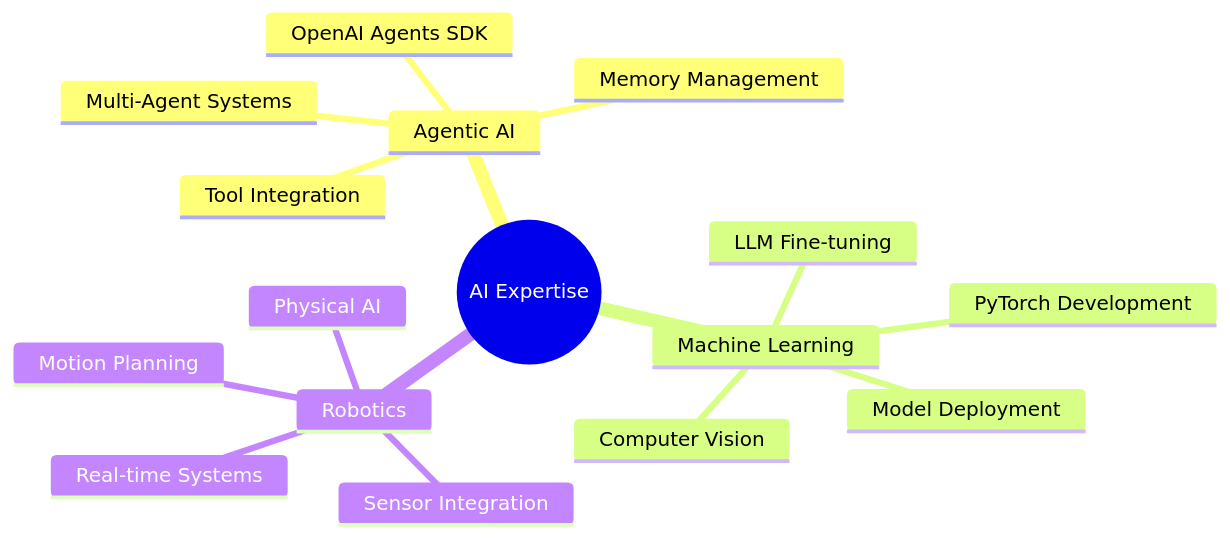
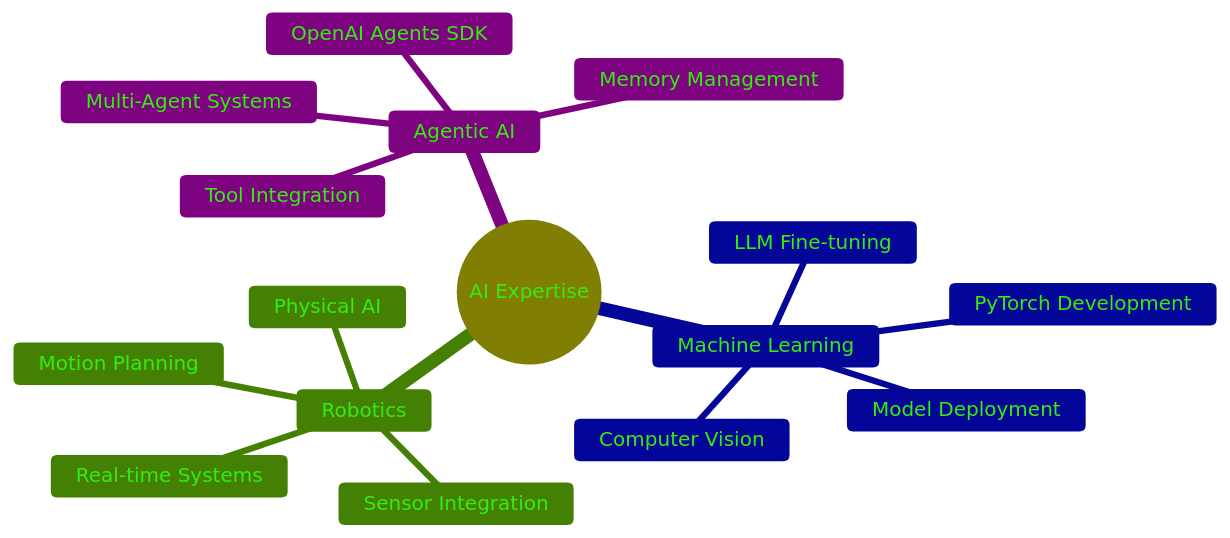
The first of 2 diagrams in README.md (Ahmed-KHI/Ahmed-KHI), drawn with Mermaid before and after one commit. The commit also changed other lines of this file, not shown here.

````diff
--- a/README.md
+++ b/README.md
@@ -168,19 +169,20 @@
 ```mermaid
+%%{init: {'theme':'base', 'themeVariables': {'primaryColor': '#faf608ff', 'primaryTextColor': '#34ec0fff', 'primaryBorderColor': '#0da7eeff'}}}%%
 mindmap
   root((AI Expertise))
     Agentic AI
       OpenAI Agents SDK
       Multi-Agent Systems
       Memory Management
       Tool Integration
     Machine Learning
       LLM Fine-tuning
       Model Deployment
       PyTorch Development
       Computer Vision
     Robotics
       Physical AI
       Sensor Integration
       Real-time Systems
       Motion Planning
 ```
````
